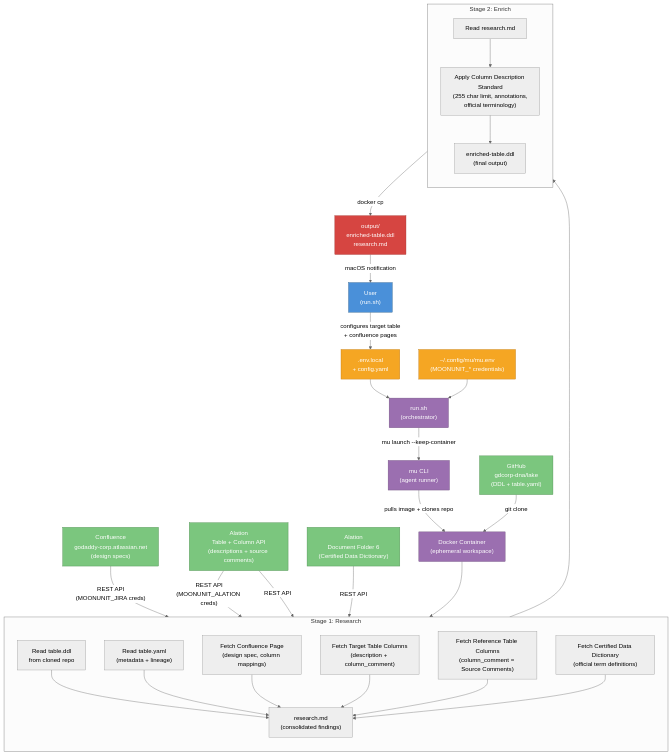
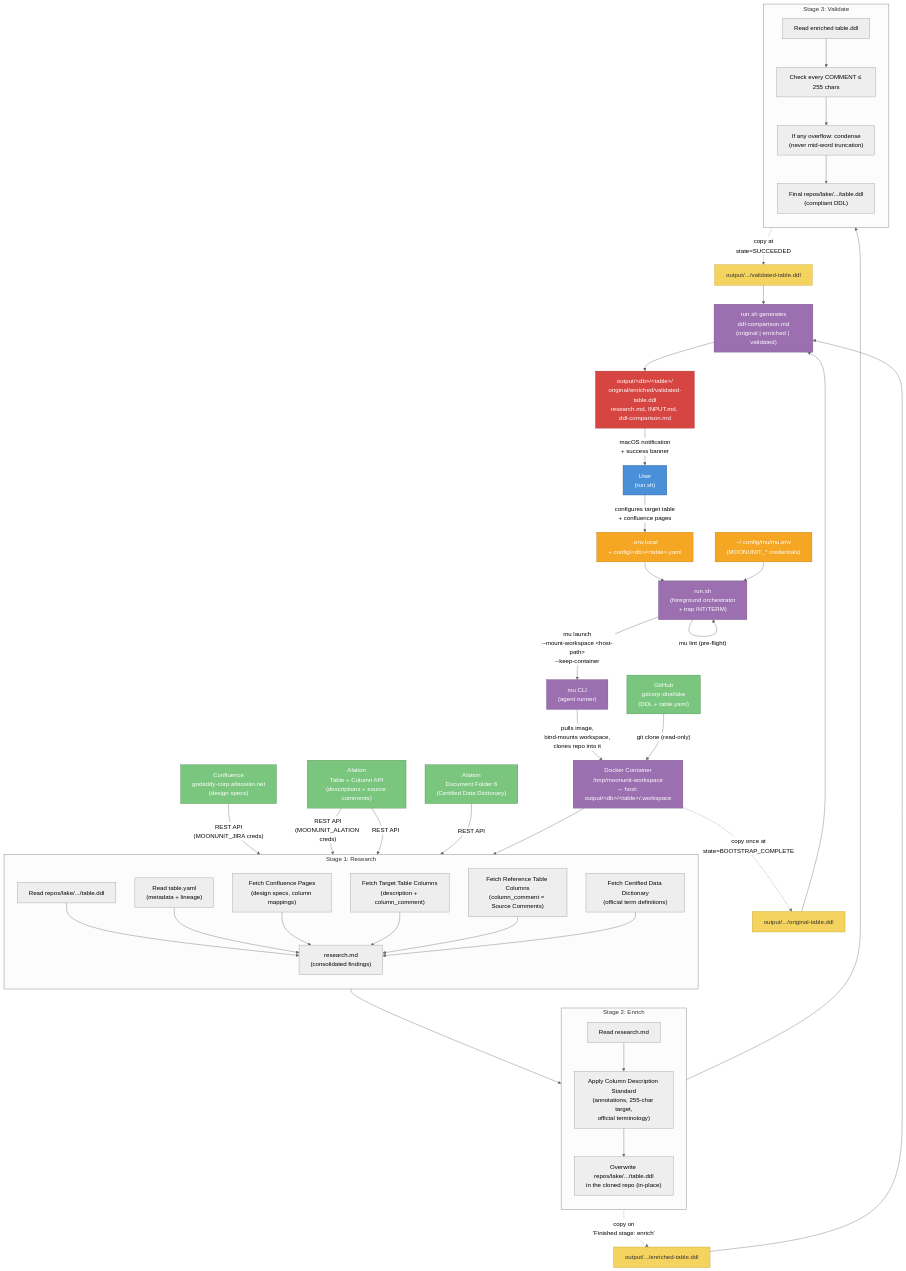
Before and after one commit to aghosh-godaddy/moon-unit-missions: the first of 4 diagrams in missions/column-comments/docs/data-flow.md, drawn with Mermaid (neutral theme). The commit also changed other lines of this file and 4 other files, not shown here.

First line of the commit message:
Update docs to reflect 3-stage pipeline and --mount-workspace refactor

````diff
--- a/missions/column-comments/docs/data-flow.md
+++ b/missions/column-comments/docs/data-flow.md
@@ -5,22 +5,23 @@
 ```mermaid
 flowchart TD
     %% User input
-    User["User<br>(run.sh)"] -->|"configures target table<br>+ confluence pages"| Config[".env.local<br>+ config.yaml"]
+    User["User<br>(run.sh)"] -->|"configures target table<br>+ confluence pages"| Config[".env.local<br>+ config/&lt;db&gt;/&lt;table&gt;.yaml"]
 
     %% Launch
-    Config --> RunSh["run.sh<br>(orchestrator)"]
+    Config --> RunSh["run.sh<br>(foreground orchestrator<br>+ trap INT/TERM)"]
     MuEnv["~/.config/mu/mu.env<br>(MOONUNIT_* credentials)"] --> RunSh
-    RunSh -->|"mu launch --keep-container"| MU["mu CLI<br>(agent runner)"]
+    RunSh -->|"mu lint (pre-flight)"| RunSh
+    RunSh -->|"mu launch<br>--mount-workspace &lt;host-path&gt;<br>--keep-container"| MU["mu CLI<br>(agent runner)"]
 
-    %% Bootstrap
-    MU -->|"pulls image + clones repo"| Docker["Docker Container<br>(ephemeral workspace)"]
+    %% Bootstrap: bind mount instead of ephemeral FS
+    MU -->|"pulls image,<br>bind-mounts workspace,<br>clones repo into it"| Docker["Docker Container<br>/tmp/moonunit-workspace<br>↔ host: output/&lt;db&gt;/&lt;table&gt;/.workspace"]
 
     %% Stage 1: Research
     subgraph Research["Stage 1: Research"]
         direction TB
-        R_DDL["Read table.ddl<br>from cloned repo"]
+        R_DDL["Read repos/lake/.../table.ddl"]
         R_YAML["Read table.yaml<br>(metadata + lineage)"]
-        R_Confluence["Fetch Confluence Page<br>(design spec, column mappings)"]
+        R_Confluence["Fetch Confluence Pages<br>(design specs, column mappings)"]
         R_Alation_Target["Fetch Target Table Columns<br>(description + column_comment)"]
         R_Alation_Ref["Fetch Reference Table Columns<br>(column_comment = Source Comments)"]
         R_Dictionary["Fetch Certified Data Dictionary<br>(official term definitions)"]
@@ -34,31 +35,53 @@
         R_Dictionary --> R_Output
     end
 
-    %% Stage 2: Enrich
+    %% Stage 2: Enrich — rewrites the in-repo table.ddl in place
     subgraph Enrich["Stage 2: Enrich"]
         direction TB
         E_Input["Read research.md"]
-        E_Standard["Apply Column Description Standard<br>(255 char limit, annotations,<br>official terminology)"]
-        E_Output["enriched-table.ddl<br>(final output)"]
+        E_Standard["Apply Column Description Standard<br>(annotations, 255-char target,<br>official terminology)"]
+        E_WriteRepo["Overwrite repos/lake/.../table.ddl<br>in the cloned repo (in-place)"]
 
         E_Input --> E_Standard
-        E_Standard --> E_Output
+        E_Standard --> E_WriteRepo
     end
 
-    %% Connections
+    %% Stage 3: Validate — enforces hard 255-char limit
+    subgraph Validate["Stage 3: Validate"]
+        direction TB
+        V_Read["Read enriched table.ddl"]
+        V_Check["Check every COMMENT ≤ 255 chars"]
+        V_Condense["If any overflow: condense<br>(never mid-word truncation)"]
+        V_FinalRepo["Final repos/lake/.../table.ddl<br>(compliant DDL)"]
+
+        V_Read --> V_Check
+        V_Check --> V_Condense
+        V_Condense --> V_FinalRepo
+    end
+
+    %% Stage flow
     Docker --> Research
     Research --> Enrich
+    Enrich --> Validate
+
+    %% Launcher-side snapshots at stage boundaries (filesystem watch, no docker cp)
+    Docker -. "copy once at<br>state=BOOTSTRAP_COMPLETE" .-> OriginalSnap["output/.../original-table.ddl"]
+    Enrich -. "copy on<br>'Finished stage: enrich'" .-> EnrichedSnap["output/.../enriched-table.ddl"]
+    Validate -. "copy at<br>state=SUCCEEDED" .-> ValidatedSnap["output/.../validated-table.ddl"]
 
     %% External data sources
-    GitHub["GitHub<br>gdcorp-dna/lake<br>(DDL + table.yaml)"] -->|"git clone"| Docker
+    GitHub["GitHub<br>gdcorp-dna/lake<br>(DDL + table.yaml)"] -->|"git clone (read-only)"| Docker
     Confluence["Confluence<br>godaddy-corp.atlassian.net<br>(design specs)"] -->|"REST API<br>(MOONUNIT_JIRA creds)"| R_Confluence
     Alation_Tables["Alation<br>Table + Column API<br>(descriptions + source comments)"] -->|"REST API<br>(MOONUNIT_ALATION creds)"| R_Alation_Target
     Alation_Tables -->|"REST API"| R_Alation_Ref
     Alation_Dict["Alation<br>Document Folder 6<br>(Certified Data Dictionary)"] -->|"REST API"| R_Dictionary
 
-    %% Output flow
-    Enrich -->|"docker cp"| Output["output/<br>enriched-table.ddl<br>research.md"]
-    Output -->|"macOS notification"| User
+    %% Post-success: generate comparison + notify
+    ValidatedSnap --> CompareGen["run.sh generates<br>ddl-comparison.md<br>(original | enriched | validated)"]
+    OriginalSnap --> CompareGen
+    EnrichedSnap --> CompareGen
+    CompareGen --> Output["output/&lt;db&gt;/&lt;table&gt;/<br>original/enriched/validated-table.ddl<br>research.md, INPUT.md, ddl-comparison.md"]
+    Output -->|"macOS notification<br>+ success banner"| User
 
     %% Styling
     classDef user fill:#4A90D9,stroke:#2C5F8A,color:#fff
@@ -67,10 +90,12 @@
     classDef external fill:#7BC67E,stroke:#4A8A4D,color:#fff
     classDef stage fill:#E8E8E8,stroke:#999,color:#333
     classDef output fill:#D64541,stroke:#A33330,color:#fff
+    classDef snap fill:#F4D35E,stroke:#C4A42C,color:#333
 
     class User user
     class Config,MuEnv config
-    class RunSh,MU,Docker infra
+    class RunSh,MU,Docker,CompareGen infra
     class GitHub,Confluence,Alation_Tables,Alation_Dict external
+    class OriginalSnap,EnrichedSnap,ValidatedSnap snap
     class Output output
 ```
````
